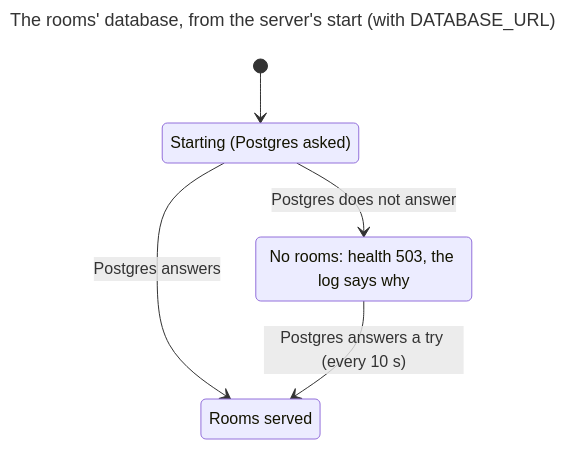
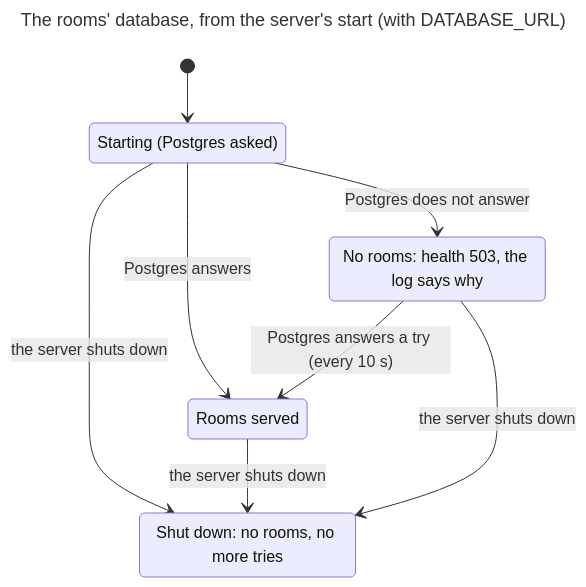
One commit to makoots-png/System-gaming-public changed diagram 29 of 47 in docs/state-machines.md. Above: the diagram before and after it, drawn with Mermaid. The commit also changed other lines of this file and 55 other files, not shown here.

````diff
--- a/docs/state-machines.md
+++ b/docs/state-machines.md
@@ -1256,13 +1256,17 @@
 ```mermaid
 ---
 title: The rooms' database, from the server's start (with DATABASE_URL)
 ---
 stateDiagram-v2
   state "Starting (Postgres asked)" as s1
   state "Rooms served" as s2
   state "No rooms: health 503, the log says why" as s3
+  state "Shut down: no rooms, no more tries" as s4
   [*] --> s1
   s1 --> s2 : Postgres answers
   s1 --> s3 : Postgres does not answer
+  s1 --> s4 : the server shuts down
+  s2 --> s4 : the server shuts down
   s3 --> s2 : Postgres answers a try (every 10 s)
+  s3 --> s4 : the server shuts down
 ```
````
